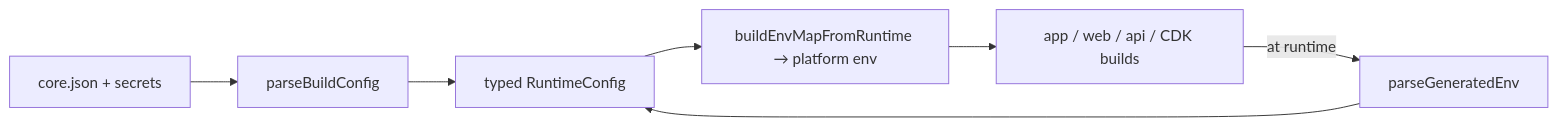
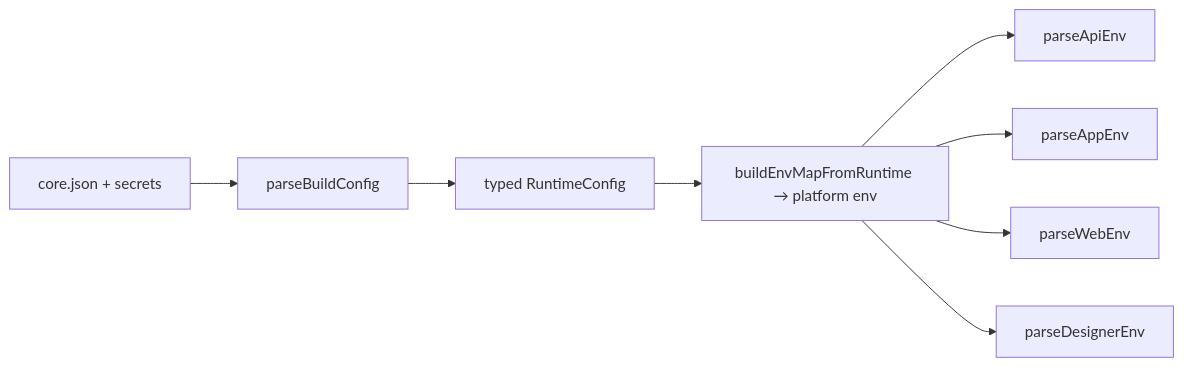
Before and after one commit to FAIMS/FAIMS3: the diagram in docs/developer/docs/source/markdown/Build-Configuration.md, drawn with Mermaid. The commit also changed other lines of this file and 19 other files, not shown here.

````diff
--- a/docs/developer/docs/source/markdown/Build-Configuration.md
+++ b/docs/developer/docs/source/markdown/Build-Configuration.md
@@ -21,9 +27,10 @@
 ```mermaid
 flowchart LR
   J[core.json + secrets] --> V[parseBuildConfig]
   V --> R[typed RuntimeConfig]
   R --> E["buildEnvMapFromRuntime → platform env"]
-  E --> P[app / web / api / CDK builds]
-  P -->|at runtime| Q[parseGeneratedEnv]
-  Q --> R
+  E --> API[parseApiEnv]
+  E --> APP[parseAppEnv]
+  E --> WEB[parseWebEnv]
+  E --> DES[parseDesignerEnv]
 ```
````
